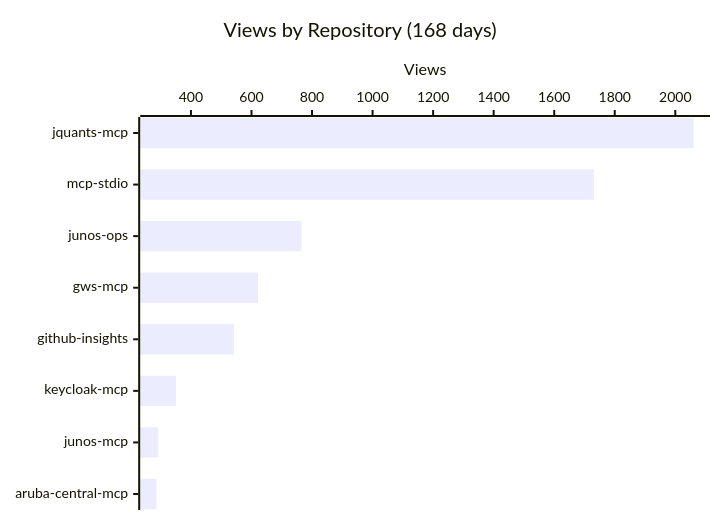
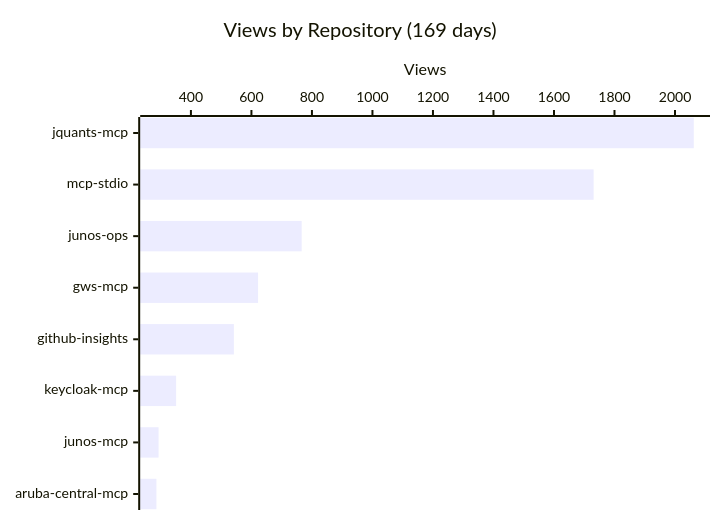
The first of 4 diagrams in README.md (shigechika/github-insights), drawn with Mermaid before and after one commit. The commit also changed other lines of this file and 2 other files, not shown here.

````diff
--- a/README.md
+++ b/README.md
@@ -18,7 +18,7 @@
 ```mermaid
 xychart-beta horizontal
-    title "Views by Repository (168 days)"
+    title "Views by Repository (169 days)"
     x-axis ["jquants-mcp", "mcp-stdio", "junos-ops", "gws-mcp", "github-insights", "keycloak-mcp", "junos-mcp", "aruba-central-mcp"]
     y-axis "Views"
-    bar [2061, 1731, 765, 622, 542, 351, 292, 286]
+    bar [2062, 1731, 766, 622, 542, 351, 293, 286]
 ```
````
